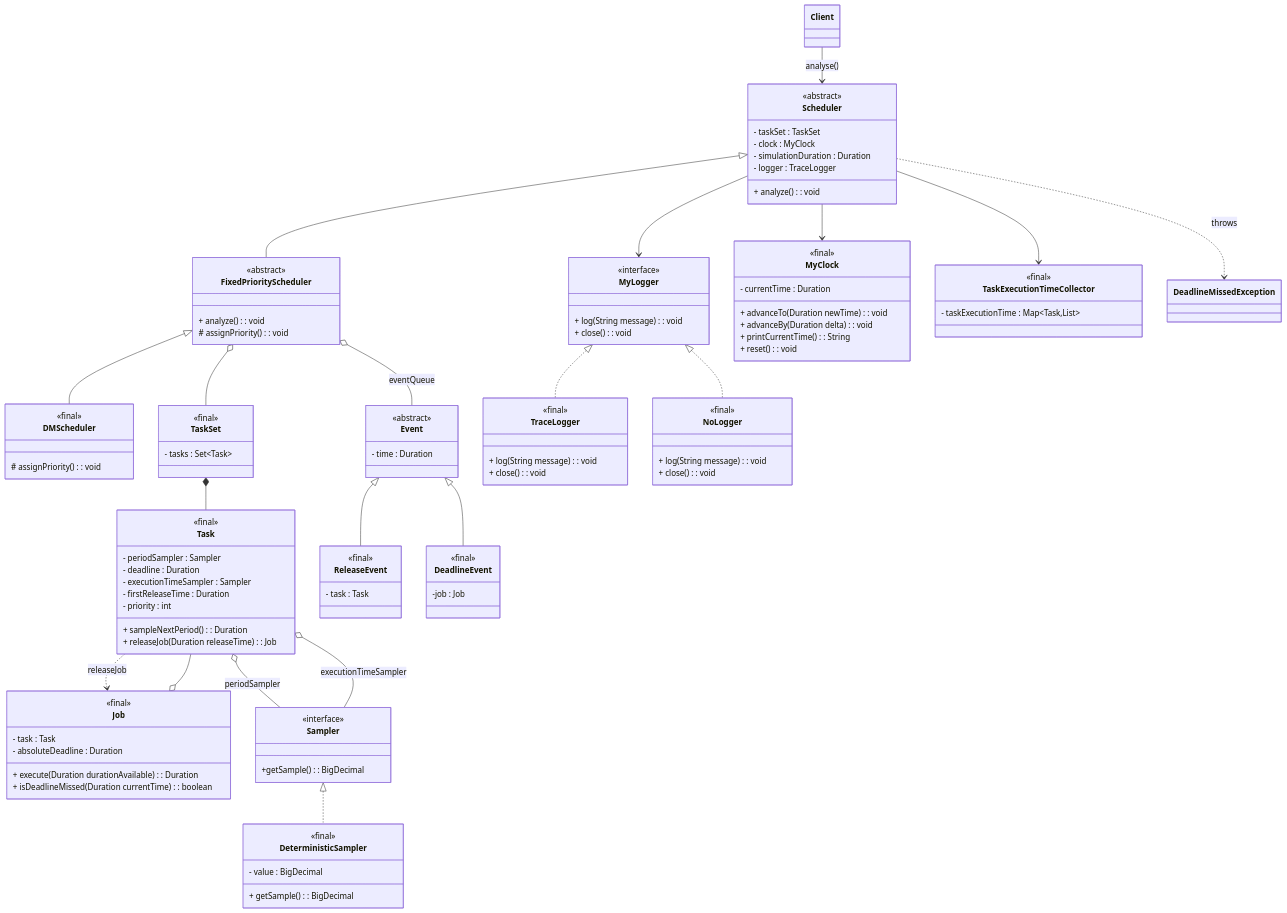
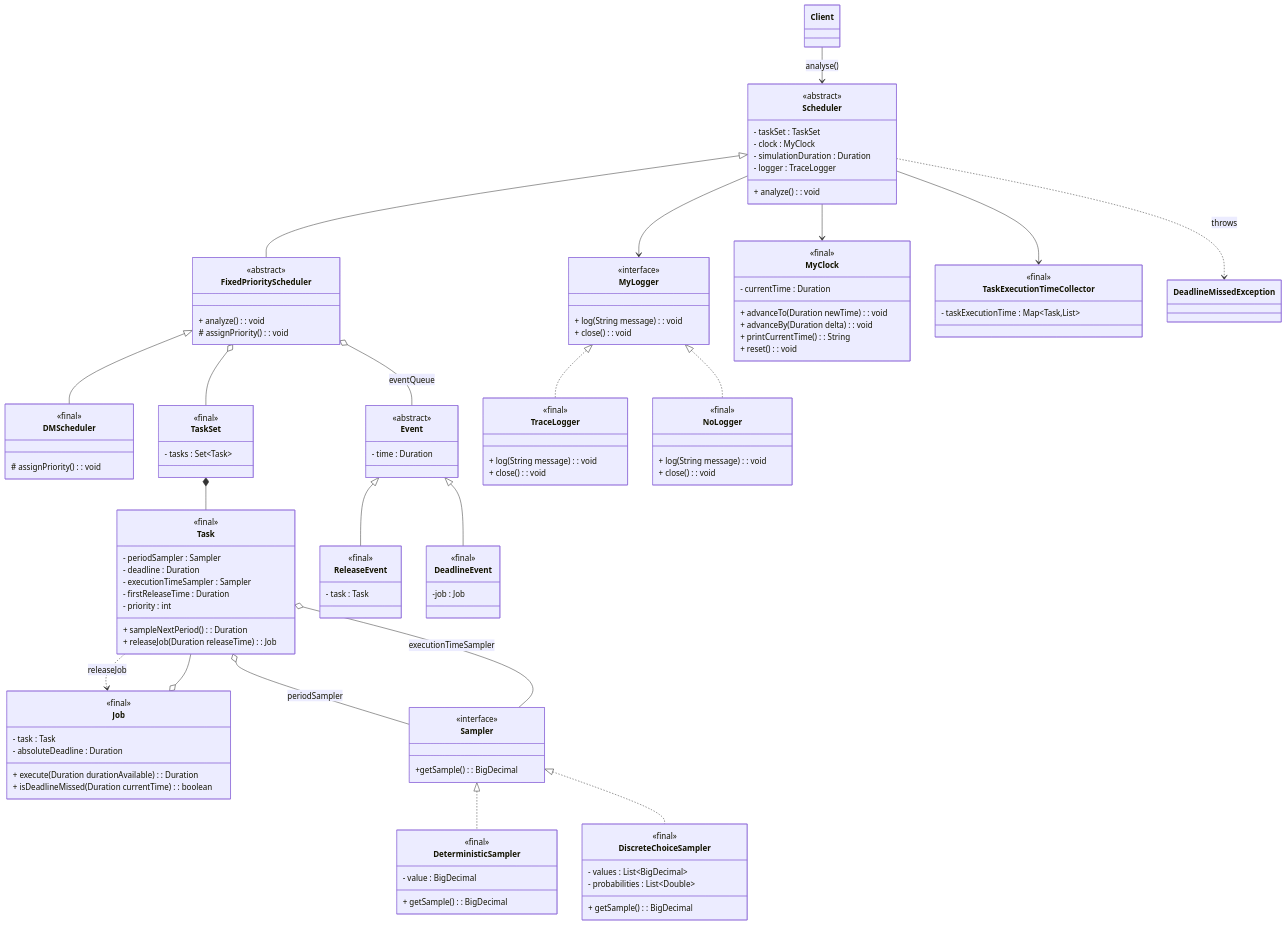
One commit to edoardosarri24/probabilistic-soft-real-time-analysis changed the diagram in report/images/1-simulator/class_diagram.mmd. Above: the diagram before and after it, drawn with Mermaid. The commit also changed 7 other files, not shown here.

Commit message:
discrete choice sampler added

```diff
--- a/report/images/1-simulator/class_diagram.mmd
+++ b/report/images/1-simulator/class_diagram.mmd
@@ -1,135 +1,144 @@
 classDiagram
 
     %% Scheduler
     class Scheduler {
         <<abstract>>
         - taskSet : TaskSet
         - clock : MyClock
         - simulationDuration : Duration
         - logger : TraceLogger
         + analyze() : void
     }
 
     class FixedPriorityScheduler {
         <<abstract>>
         + analyze() : void
         # assignPriority() : void
     }
 
     class DMScheduler {
         <<final>>
         # assignPriority() : void
     }
 
     %% TaskSet
     class TaskSet {
         <<final>>
         - tasks : Set~Task~
     }
 
     class Task {
         <<final>>
         - periodSampler : Sampler
         - deadline : Duration
         - executionTimeSampler : Sampler
         - firstReleaseTime : Duration
         - priority : int
         + sampleNextPeriod() : Duration
         + releaseJob(Duration releaseTime) : Job
     }
 
     class Job {
         <<final>>
         - task : Task
         - absoluteDeadline : Duration
         + execute(Duration durationAvailable) : Duration
         + isDeadlineMissed(Duration currentTime) : boolean
     }
 
     %% Event
     class Event {
         <<abstract>>
         - time : Duration
     }
 
     class ReleaseEvent {
         <<final>>
         - task : Task
     }
 
     class DeadlineEvent {
         <<final>>
         -job : Job
     }
 
     %% Logger
     class MyLogger {
         <<interface>>
         + log(String message) : void
         + close() : void
     }
 
     class TraceLogger {
         <<final>>
         + log(String message) : void
         + close() : void
     }
 
     class NoLogger {
         <<final>>
         + log(String message) : void
         + close() : void
     }
 
-    %% Utils
-    class MyClock {
-        <<final>>
-        - currentTime : Duration
-        + advanceTo(Duration newTime) : void
-        + advanceBy(Duration delta) : void
-        + printCurrentTime() : String
-        + reset() : void
-    }
-
+    %% Sampler
     class Sampler {
         <<interface>>
         +getSample() : BigDecimal
     }
 
     class DeterministicSampler {
         <<final>>
         - value : BigDecimal
         + getSample() : BigDecimal
+    }
+
+    class DiscreteChoiceSampler {
+        <<final>>
+        - values : List~BigDecimal~
+        - probabilities : List~Double~
+        + getSample() : BigDecimal
+    }
+
+    %% Utils
+    class MyClock {
+        <<final>>
+        - currentTime : Duration
+        + advanceTo(Duration newTime) : void
+        + advanceBy(Duration delta) : void
+        + printCurrentTime() : String
+        + reset() : void
     }
 
     class TaskExecutionTimeCollector{
         <<final>>
         - taskExecutionTime : Map~Task,List~
     }
 
     %% Relationships
     Client --> Scheduler : analyse()
     %% Scheduler
     Scheduler <|-- FixedPriorityScheduler
     FixedPriorityScheduler <|-- DMScheduler
     Scheduler --> MyClock
     Scheduler --> MyLogger
     Scheduler --> TaskExecutionTimeCollector
     FixedPriorityScheduler o-- TaskSet
     FixedPriorityScheduler o-- Event : eventQueue
     Scheduler ..> DeadlineMissedException : throws
     %% TaskSet
     TaskSet *-- Task
     Job o-- Task
     Task o-- Sampler : periodSampler
     Task o-- Sampler : executionTimeSampler
     Task ..> Job : releaseJob
     %% Event
     Event <|-- ReleaseEvent
     Event <|-- DeadlineEvent
     %% Logger
     MyLogger <|.. TraceLogger
     MyLogger <|.. NoLogger
 
-    %% Utils
+    %% Sampler
     Sampler <|.. DeterministicSampler
+    Sampler <|.. DiscreteChoiceSampler
```
